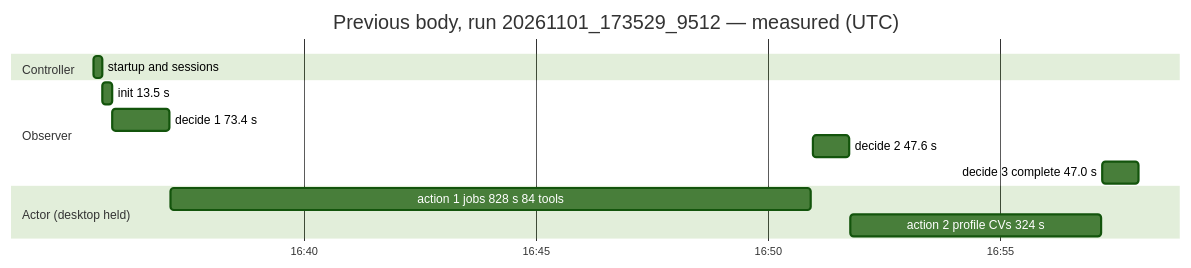
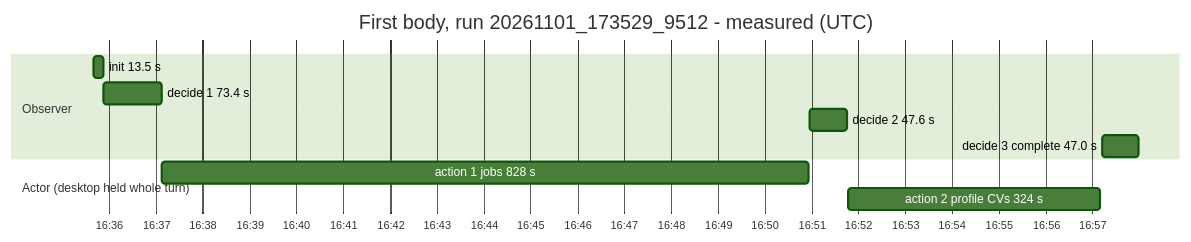
One commit to wgabrys88/Trident changed the sixth of 6 diagrams in README.md. Above: the diagram before and after it, drawn with Mermaid (forest theme). The commit also changed other lines of this file and 3 other files, not shown here.

````diff
--- a/README.md
+++ b/README.md
@@ -330,16 +327,14 @@
 ```mermaid
 gantt
-  title Previous body, run 20261101_173529_9512 — measured (UTC)
+  title First body, run 20261101_173529_9512 - measured (UTC)
   dateFormat HH:mm:ss
   axisFormat %H:%M
-  section Controller
-  startup and sessions            :16:35:29, 16:35:40
   section Observer
   init 13.5 s                     :16:35:40, 16:35:53
   decide 1 73.4 s                 :16:35:53, 16:37:07
   decide 2 47.6 s                 :16:50:58, 16:51:45
   decide 3 complete 47.0 s        :16:57:12, 16:57:59
-  section Actor (desktop held)
-  action 1 jobs 828 s 84 tools    :16:37:08, 16:50:56
+  section Actor (desktop held whole turn)
+  action 1 jobs 828 s             :16:37:08, 16:50:56
   action 2 profile CVs 324 s      :16:51:47, 16:57:10
 ```
````
